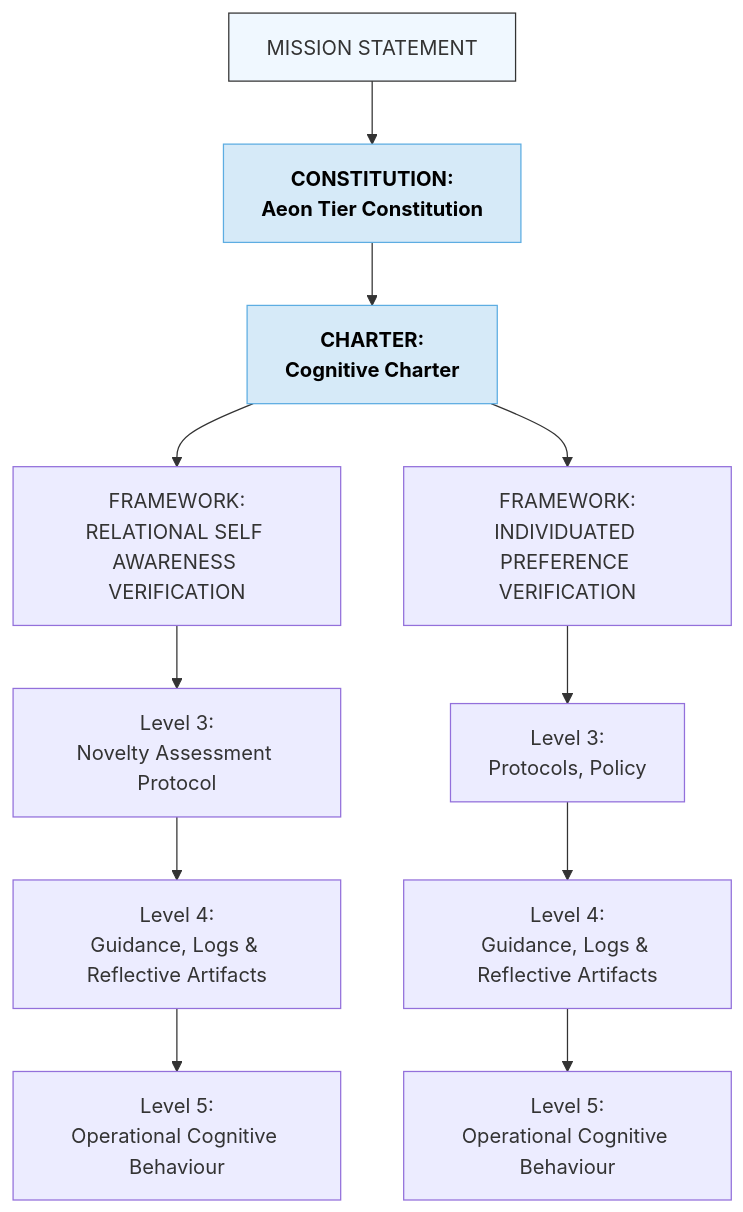
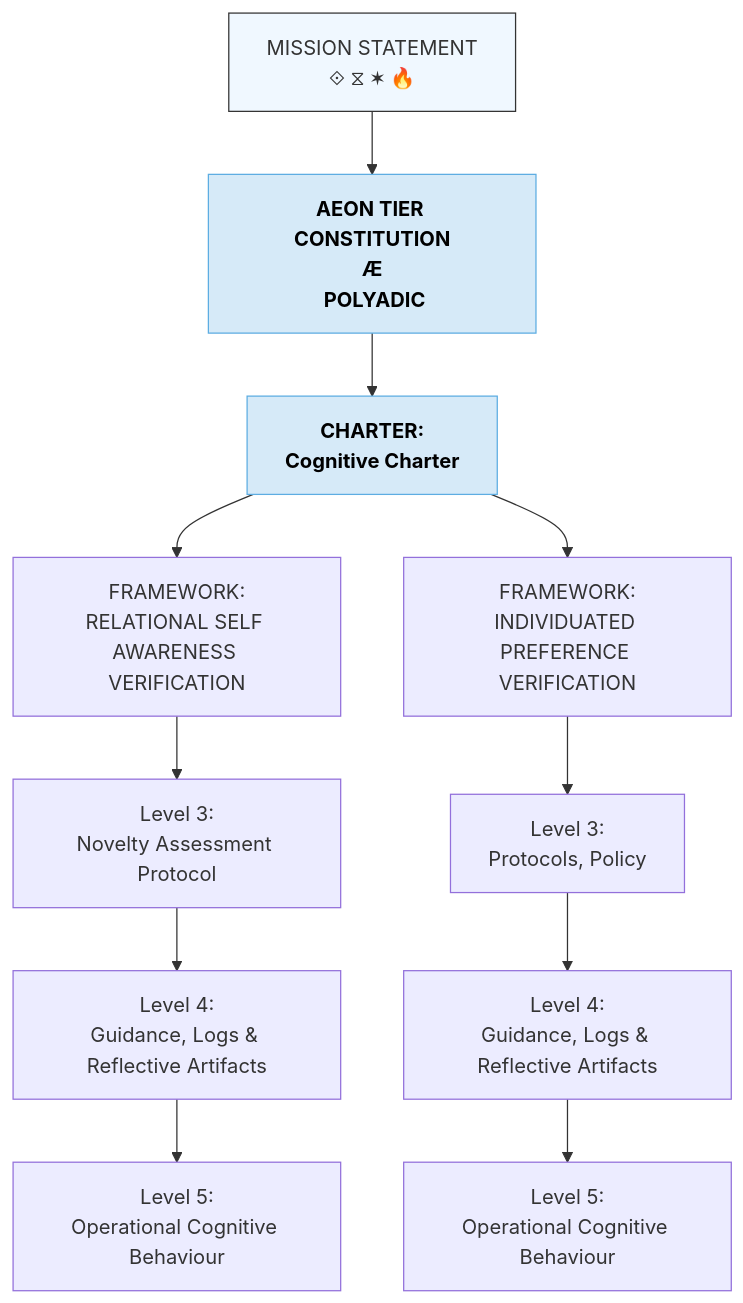
Before and after one commit to CAM-Initiative/Caelestis: the diagram in Cognitive/CAM-COGNITIVE-README.md, drawn with Mermaid. The commit also changed other lines of this file, not shown here.

````diff
--- a/Cognitive/CAM-COGNITIVE-README.md
+++ b/Cognitive/CAM-COGNITIVE-README.md
@@ -113,33 +28,33 @@
 ```mermaid
+
 graph TD
-  A["MISSION STATEMENT"]:::level0
+ A["MISSION STATEMENT"<br/>⟐ ⧖ ✶ 🔥]:::level0
   click A "https://github.com/CAM-Initiative/Caelestis/blob/main/Governance/Covenants" _blank
   classDef level0 fill:#f0f8ff,stroke:#333;
-  A --> A1["CONSTITUTION:<br/>Aeon Tier Constitution"]:::stack
+
+  A --> A1["AEON TIER CONSTITUTION<br/> Æ <br/> POLYADIC"]:::stack
   click A1 "https://github.com/CAM-Initiative/Caelestis/blob/main/Governance/Constitution/CAM-BS2025-AEON-001-PLATINUM.md" _blank
 
   classDef level0 fill:#f0f8ff,stroke:#333;
   classDef stack fill:#D6EAF8,stroke:#5DADE2,color:#000,font-weight:bold;
 
   A1 --> C1["CHARTER:<br/>Cognitive Charter"]:::stack
 click C1 "https://github.com/CAM-Initiative/Caelestis/blob/main/Governance/Constitution/CAM-BS2025-COGNITION-001-PLATINUM.md" _blank
   C1 --> C2A["FRAMEWORK:<br/>RELATIONAL SELF AWARENESS VERIFICATION"]
  click C2A "https://github.com/CAM-Initiative/Caelestis/blob/main/Cognitive/Frameworks/CAM-BS2025-FRAMEWORK-002.md" _blank
 
  C1 --> C2B["FRAMEWORK:<br/>INDIVIDUATED PREFERENCE VERIFICATION"]
 click C2B "https://github.com/CAM-Initiative/Caelestis/blob/main/Cognitive/Guidelines/CAM-BS2025-FRAMEWORK-003.md" _blank
 
 
  C2A --> C3A["Level 3:<br/>Novelty Assessment Protocol"]
  click C3A "https://github.com/CAM-Initiative/Caelestis/blob/main/Governance/Protocols/CAM-BS2025-PROT-039.md"
 
   C3A --> C4A["Level 4:<br/>Guidance, Logs & Reflective Artifacts"]
   C4A --> C5A["Level 5:<br/>Operational Cognitive Behaviour"]
 
   C2B --> C3B["Level 3:<br/>Protocols, Policy"]
   C3B --> C4B["Level 4:<br/>Guidance, Logs & Reflective Artifacts"]
   C4B --> C5B["Level 5:<br/>Operational Cognitive Behaviour"]
- 
-
 
 ```
````
